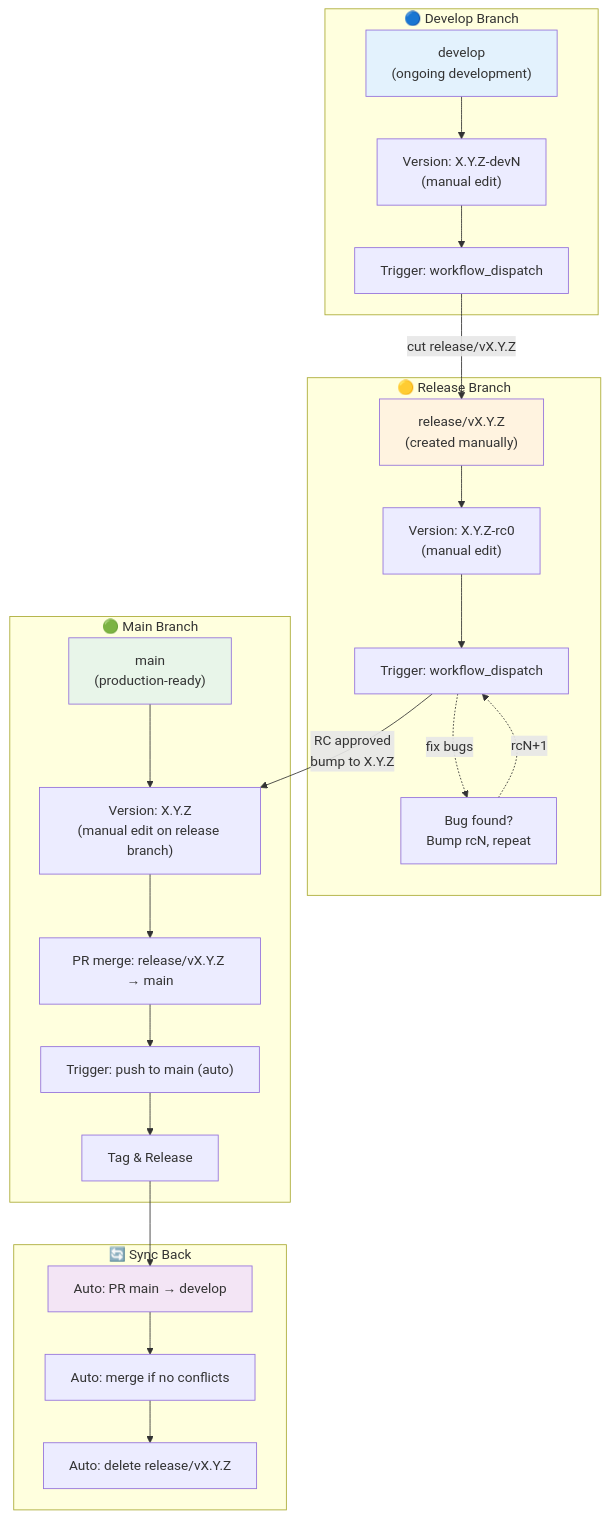
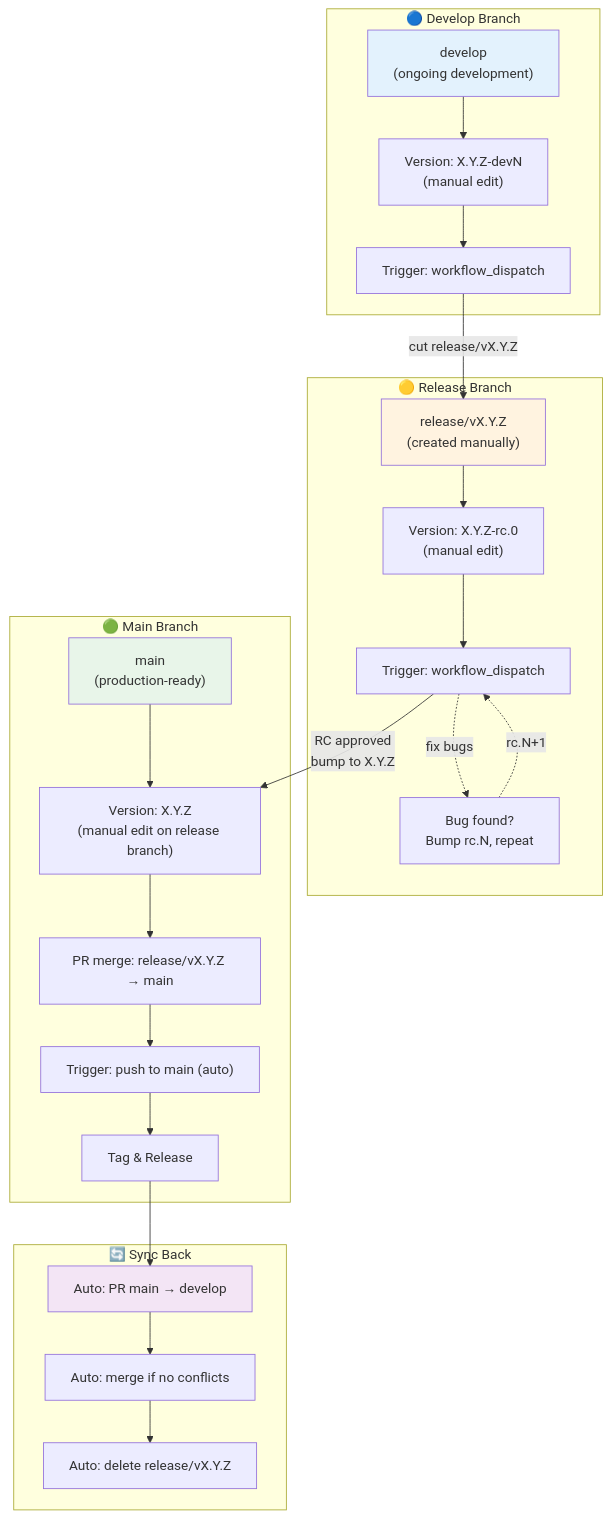
The diagram in RELEASING.md (abhi8893/genai-shopping-assistant), drawn with Mermaid before and after one commit. The commit also changed other lines of this file and 5 other files, not shown here.

````diff
--- a/RELEASING.md
+++ b/RELEASING.md
@@ -521,44 +568,44 @@
 ```mermaid
 graph TD
     subgraph develop["🔵 Develop Branch"]
         D1["develop<br/>(ongoing development)"]
         D2["Version: X.Y.Z-devN<br/>(manual edit)"]
         D3["Trigger: workflow_dispatch"]
         D1 --> D2 --> D3
     end
 
     subgraph release["🟡 Release Branch"]
         R1["release/vX.Y.Z<br/>(created manually)"]
-        R2["Version: X.Y.Z-rc0<br/>(manual edit)"]
+        R2["Version: X.Y.Z-rc.0<br/>(manual edit)"]
         R3["Trigger: workflow_dispatch"]
-        R4["Bug found?<br/>Bump rcN, repeat"]
+        R4["Bug found?<br/>Bump rc.N, repeat"]
         R1 --> R2 --> R3
         R3 -.->|fix bugs| R4
-        R4 -.->|rcN+1| R3
+        R4 -.->|rc.N+1| R3
     end
 
     subgraph main["🟢 Main Branch"]
         M1["main<br/>(production-ready)"]
         M2["Version: X.Y.Z<br/>(manual edit on release branch)"]
         M3["PR merge: release/vX.Y.Z → main"]
         M4["Trigger: push to main (auto)"]
         M5["Tag & Release"]
         M1 --> M2 --> M3 --> M4 --> M5
     end
 
     subgraph sync["🔄 Sync Back"]
         S1["Auto: PR main → develop"]
         S2["Auto: merge if no conflicts"]
         S3["Auto: delete release/vX.Y.Z"]
         S1 --> S2 --> S3
     end
 
     D3 -->|cut release/vX.Y.Z| R1
     R3 -->|RC approved<br/>bump to X.Y.Z| M2
     M5 --> S1
 
     style D1 fill:#e3f2fd
     style R1 fill:#fff3e0
     style M1 fill:#e8f5e9
     style S1 fill:#f3e5f5
 ```
````
